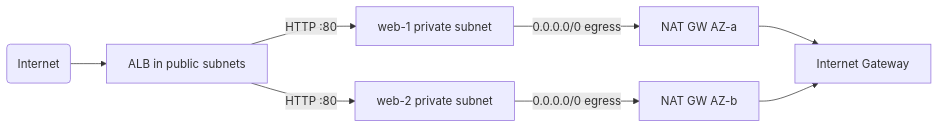
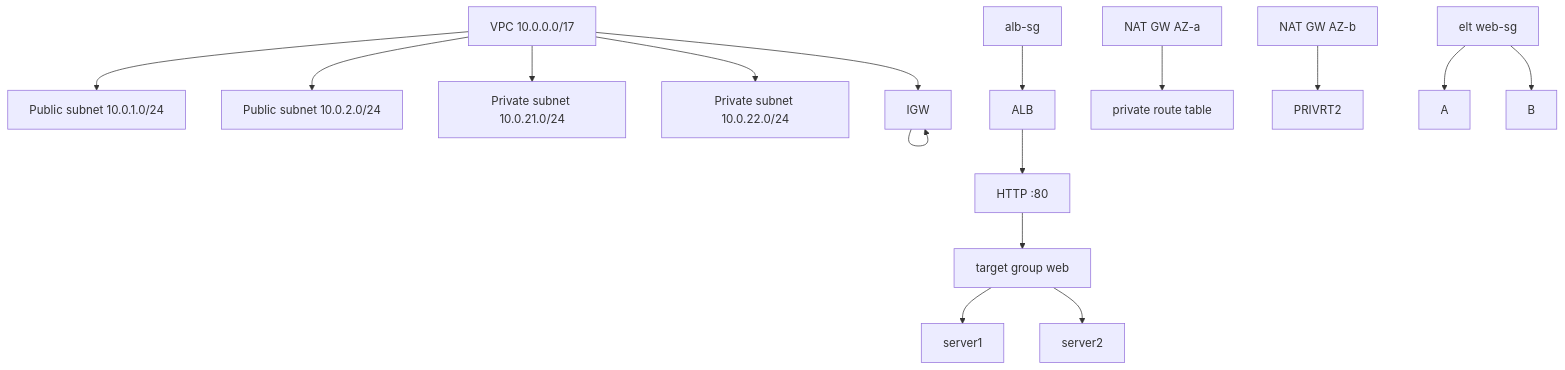
The second of 2 diagrams in terraform/ARCHITECTURE.md (arjun0451/aws-tfm), drawn with Mermaid before and after one commit. The commit also changed other lines of this file and 3 other files, not shown here.

Commit message:
Add architecture and changelog docs; commit dependency lockfile; restore full README

````diff
--- a/terraform/ARCHITECTURE.md
+++ b/terraform/ARCHITECTURE.md
@@ -39,10 +34,22 @@
 ```mermaid
-flowchart LR
-    User(Internet) --> ALB[ALB in public subnets]
-    ALB -->|HTTP :80| EC21[web-1 private subnet]
-    ALB -->|HTTP :80| EC22[web-2 private subnet]
-    EC21 -->|0.0.0.0/0 egress| NAT1[NAT GW AZ-a]
-    EC22 -->|0.0.0.0/0 egress| NAT2[NAT GW AZ-b]
-    NAT1 --> IGW[Internet Gateway]
-    NAT2 --> IGW
+graph TD
+    V[VPC 10.0.0.0/17] --> PUBSUB1[Public subnet 10.0.1.0/24]
+    V --> PUBSUB2[Public subnet 10.0.2.0/24]
+    V --> PRISUB1[Private subnet 10.0.21.0/24]
+    V --> PRISUB2[Private subnet 10.0.22.0/24]
+    V --> IGW
+
+    IGW --> IGW
+
+    NAT1[NAT GW AZ-a] --> PRIVRT1[private route table]
+    NAT2[NAT GW AZ-b] --> PRIVRT2
+
+    ALB --> LIST[HTTP :80]
+    LIST --> TG[target group web]
+    TG --> i1[server1]
+    TG --> i2[server2]
+
+    SGALB[alb-sg] --> ALB
+    SGB[elt web-sg] --> A
+    SGB --> B
 ```
````
